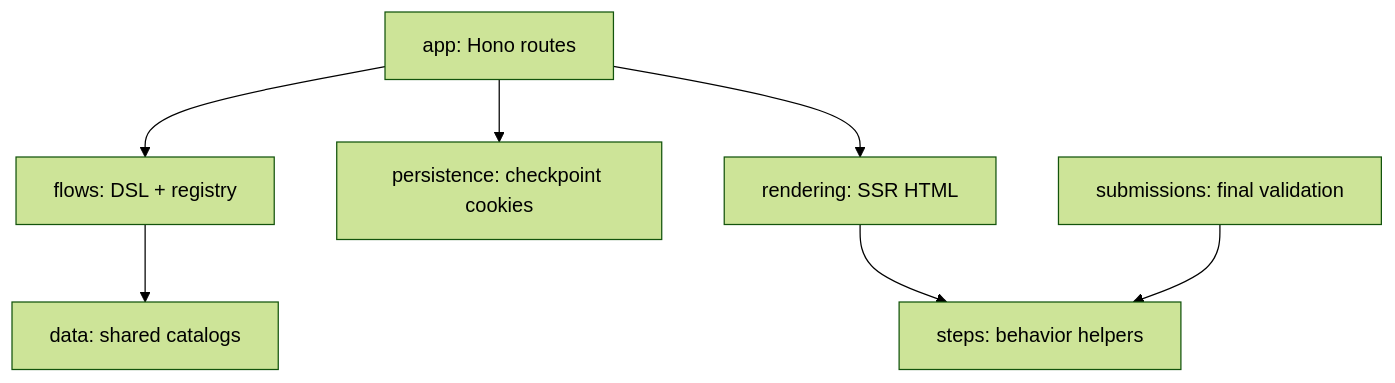
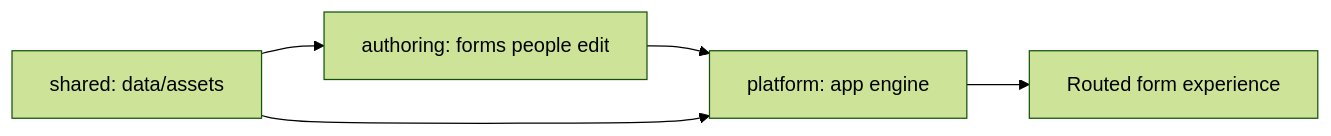
One commit to fassone/instant-forms changed the diagram in src/README.md. Above: the diagram before and after it, drawn with Mermaid (forest theme). The commit also changed other lines of this file and 97 other files, not shown here.

````diff
--- a/src/README.md
+++ b/src/README.md
@@ -7,9 +7,7 @@
 ```mermaid
-flowchart TD
-  App["app: Hono routes"] --> Flows["flows: DSL + registry"]
-  App --> Persistence["persistence: checkpoint cookies"]
-  App --> Rendering["rendering: SSR HTML"]
-  Rendering --> Steps["steps: behavior helpers"]
-  Submissions["submissions: final validation"] --> Steps
-  Flows --> Data["data: shared catalogs"]
+flowchart LR
+  Authoring["authoring: forms people edit"] --> Platform["platform: app engine"]
+  Shared["shared: data/assets"] --> Authoring
+  Shared --> Platform
+  Platform --> Browser["Routed form experience"]
 ```
````
